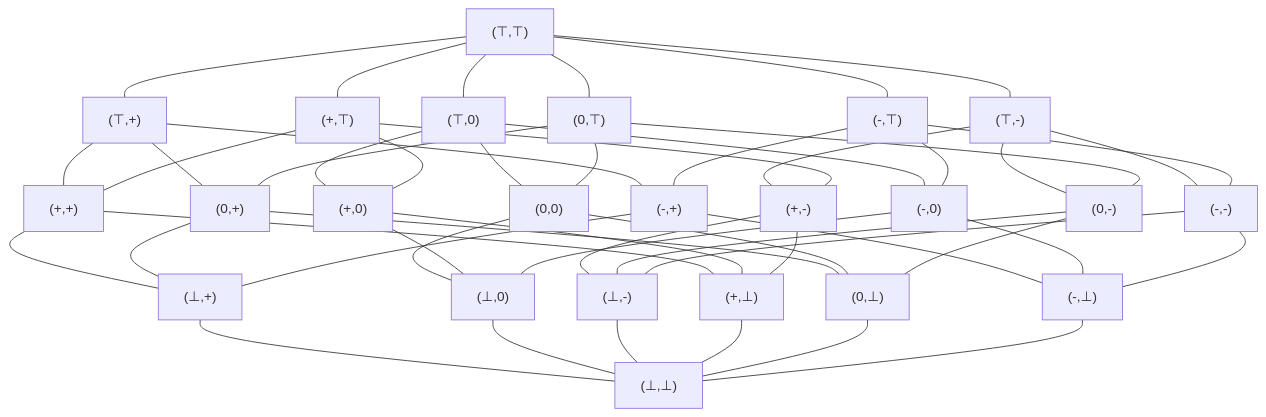
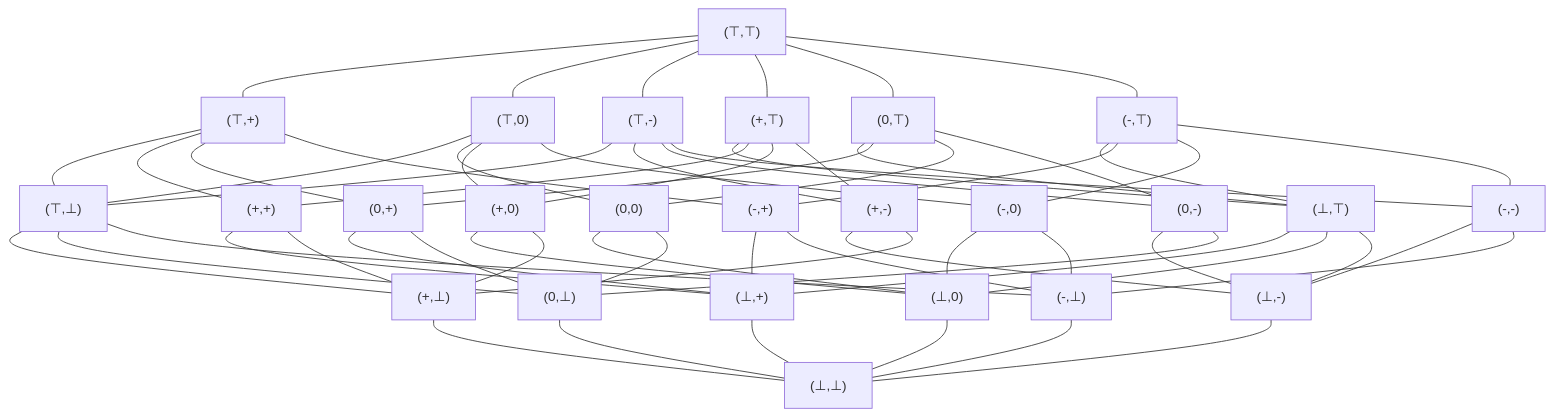
The second of 3 diagrams in sign_analysis_lattice.md (50054-cdpa/notes), drawn with Mermaid before and after one commit. The commit also changed other lines of this file, not shown here.

````diff
--- a/sign_analysis_lattice.md
+++ b/sign_analysis_lattice.md
@@ -238,51 +238,63 @@
 ```mermaid
 graph TD;
     tt["(⊤,⊤)"] --- t+["(⊤,+)"]
     tt["(⊤,⊤)"] --- t0["(⊤,0)"]
     tt["(⊤,⊤)"] --- tm["(⊤,-)"]
     tt["(⊤,⊤)"] --- +t["(+,⊤)"]
     tt["(⊤,⊤)"] --- 0t["(0,⊤)"]
     tt["(⊤,⊤)"] --- mt["(-,⊤)"]
+    t+["(⊤,+)"] --- tb["(⊤,⊥)"]
     t+["(⊤,+)"] --- ++["(+,+)"]
     t+["(⊤,+)"] --- 0+["(0,+)"]
     t+["(⊤,+)"] --- m+["(-,+)"]
+    t0["(⊤,0)"] --- tb["(⊤,⊥)"]
     t0["(⊤,0)"] --- 00["(0,0)"]
     t0["(⊤,0)"] --- +0["(+,0)"]
     t0["(⊤,0)"] --- m0["(-,0)"]
+    tm["(⊤,-)"] --- tb["(⊤,⊥)"]
     tm["(⊤,-)"] --- +m["(+,-)"]
     tm["(⊤,-)"] --- 0m["(0,-)"]
     tm["(⊤,-)"] --- mm["(-,-)"]
+    +t["(+,⊤)"] --- bt["(⊥,⊤)"]
     +t["(+,⊤)"] --- ++["(+,+)"]
     +t["(+,⊤)"] --- +0["(+,0)"]
     +t["(+,⊤)"] --- +m["(+,-)"]
+    0t["(0,⊤)"] --- bt["(⊥,⊤)"]
     0t["(0,⊤)"] --- 0+["(0,+)"]
     0t["(0,⊤)"] --- 00["(0,0)"]
     0t["(0,⊤)"] --- 0m["(0,-)"]
+    mt["(-,⊤)"] --- bt["(⊥,⊤)"] 
     mt["(-,⊤)"] --- m+["(-,+)"] 
     mt["(-,⊤)"] --- m0["(-,0)"] 
     mt["(-,⊤)"] --- mm["(-,-)"] 
     ++["(+,+)"] --- b+["(⊥,+)"]
     ++["(+,+)"] --- +b["(+,⊥)"]
     0+["(0,+)"] --- b+["(⊥,+)"]
     0+["(0,+)"] --- 0b["(0,⊥)"]
     m+["(-,+)"] --- b+["(⊥,+)"]
     m+["(-,+)"] --- mb["(-,⊥)"]
     00["(0,0)"] --- b0["(⊥,0)"]
     00["(0,0)"] --- 0b["(0,⊥)"]
     +0["(+,0)"] --- b0["(⊥,0)"]
     +0["(+,0)"] --- +b["(+,⊥)"]
     m0["(-,0)"] --- b0["(⊥,0)"]
     m0["(-,0)"] --- mb["(-,⊥)"]
     +m["(+,-)"] --- bm["(⊥,-)"]
     +m["(+,-)"] --- +b["(+,⊥)"]
     0m["(0,-)"] --- bm["(⊥,-)"]
     0m["(0,-)"] --- 0b["(0,⊥)"]
     mm["(-,-)"] --- bm["(⊥,-)"] 
     mm["(-,-)"] --- mb["(-,⊥)"]
+    bt["(⊥,⊤)"] --- b+["(⊥,+)"]
+    bt["(⊥,⊤)"] --- b0["(⊥,0)"]
+    bt["(⊥,⊤)"] --- bm["(⊥,-)"]
     b+["(⊥,+)"] --- bb["(⊥,⊥)"]
     b0["(⊥,0)"] --- bb["(⊥,⊥)"]
     bm["(⊥,-)"] --- bb["(⊥,⊥)"]
+    tb["(⊤,⊥)"] --- +b["(+,⊥)"]
+    tb["(⊤,⊥)"] --- 0b["(0,⊥)"]
+    tb["(⊤,⊥)"] --- mb["(-,⊥)"]
     +b["(+,⊥)"] --- bb["(⊥,⊥)"]
     0b["(0,⊥)"] --- bb["(⊥,⊥)"]
     mb["(-,⊥)"] --- bb["(⊥,⊥)"]
 ```
````
